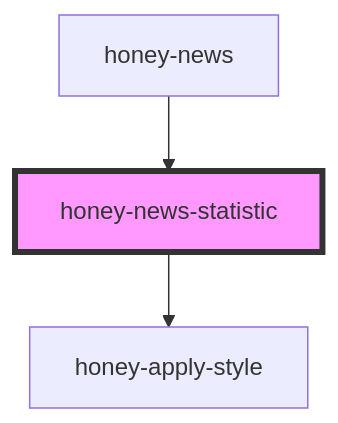
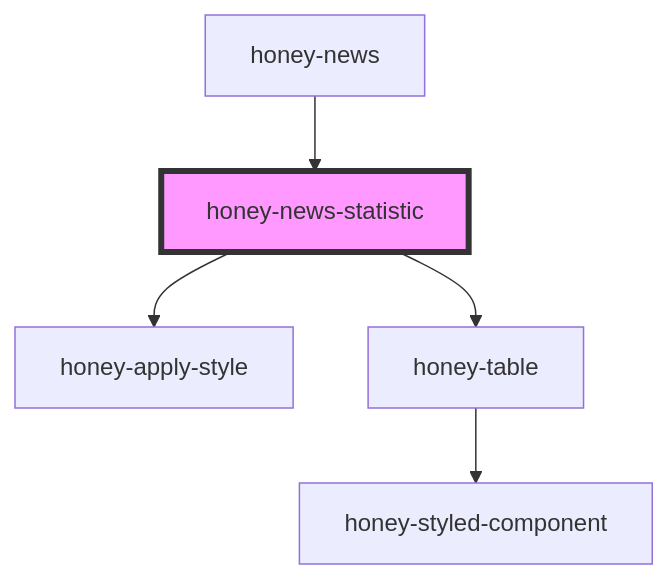
Before and after one commit to Huluvu424242/honey-news: the diagram in src/components/honey-news/statistic/readme.md, drawn with Mermaid. The commit also changed other lines of this file and 88 other files, not shown here.

````diff
--- a/src/components/honey-news/statistic/readme.md
+++ b/src/components/honey-news/statistic/readme.md
@@ -39,6 +40,8 @@
 ```mermaid
 graph TD;
   honey-news-statistic --> honey-apply-style
+  honey-news-statistic --> honey-table
+  honey-table --> honey-styled-component
   honey-news --> honey-news-statistic
   style honey-news-statistic fill:#f9f,stroke:#333,stroke-width:4px
 ```
````
